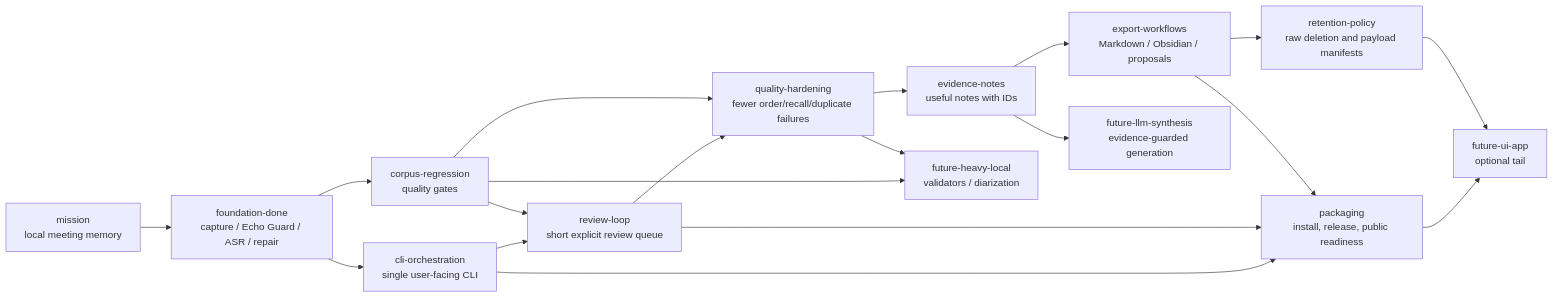
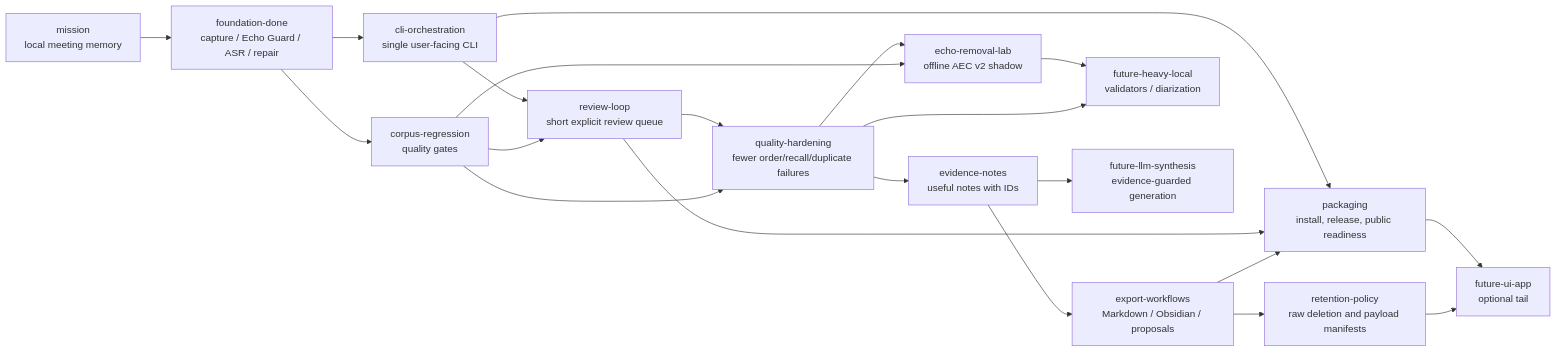
Before and after one commit to asukhodko/murmurmark: the diagram in docs/roadmap/murmurmark-cli-roadmap.md, drawn with Mermaid. The commit also changed other lines of this file and 19 other files, not shown here.

Commit message:
feat: add offline aec v2 lab and review readiness updates

````diff
--- a/docs/roadmap/murmurmark-cli-roadmap.md
+++ b/docs/roadmap/murmurmark-cli-roadmap.md
@@ -63,35 +74,38 @@
 ```mermaid
 flowchart LR
     mission["mission<br/>local meeting memory"]
     foundation["foundation-done<br/>capture / Echo Guard / ASR / repair"]
     cli["cli-orchestration<br/>single user-facing CLI"]
     corpus["corpus-regression<br/>quality gates"]
     review["review-loop<br/>short explicit review queue"]
     hardening["quality-hardening<br/>fewer order/recall/duplicate failures"]
+    echo_lab["echo-removal-lab<br/>offline AEC v2 shadow"]
     notes["evidence-notes<br/>useful notes with IDs"]
     export["export-workflows<br/>Markdown / Obsidian / proposals"]
     retention["retention-policy<br/>raw deletion and payload manifests"]
     packaging["packaging<br/>install, release, public readiness"]
     future_asr["future-heavy-local<br/>validators / diarization"]
     future_llm["future-llm-synthesis<br/>evidence-guarded generation"]
     future_ui["future-ui-app<br/>optional tail"]
 
     mission --> foundation
     foundation --> cli
     foundation --> corpus
     cli --> review
     corpus --> review
     review --> hardening
     corpus --> hardening
+    hardening --> echo_lab
+    corpus --> echo_lab
     hardening --> notes
     notes --> export
     export --> retention
     cli --> packaging
     review --> packaging
     export --> packaging
-    corpus --> future_asr
+    echo_lab --> future_asr
     hardening --> future_asr
     notes --> future_llm
     packaging --> future_ui
     retention --> future_ui
 ```
````
